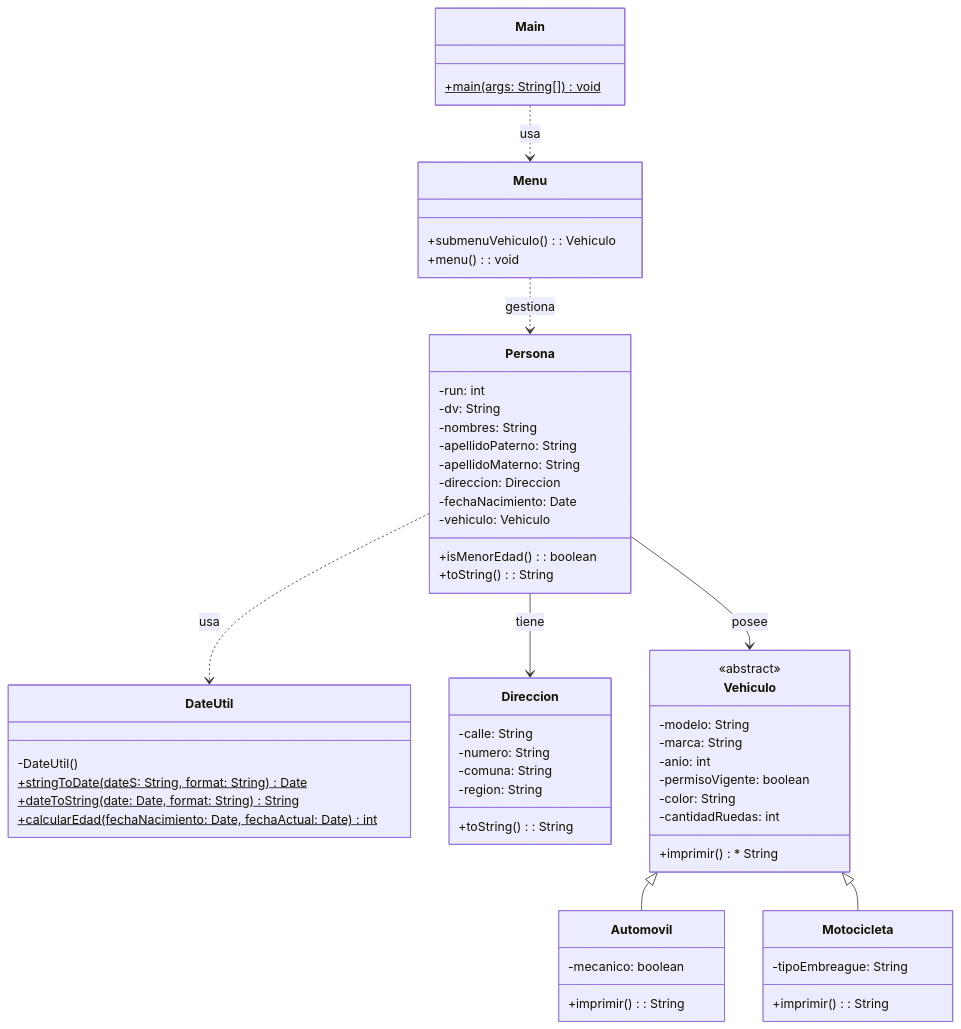
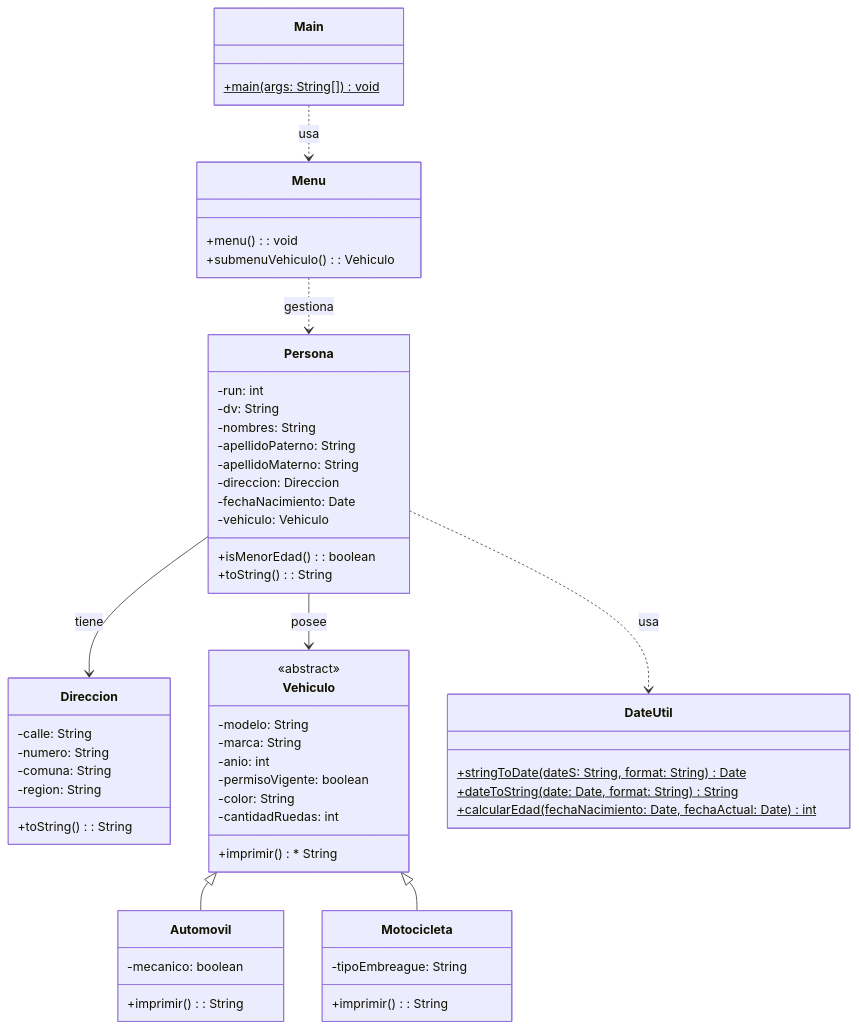
One commit to elprofecarreno/poo-fundaments changed the diagram in 11/README.md. Above: the diagram before and after it, drawn with Mermaid. The commit also changed other lines of this file and 34 other files, not shown here.

````diff
--- a/11/README.md
+++ b/11/README.md
@@ -11,68 +11,67 @@
 ```mermaid
 classDiagram
-    class DateUtil {
-        -DateUtil()
-        +stringToDate(dateS: String, format: String)$ Date
-        +dateToString(date: Date, format: String)$ String
-        +calcularEdad(fechaNacimiento: Date, fechaActual: Date)$ int
+    class Main {
+        +main(args: String[])$ void
+    }
+
+    class Menu {
+        +menu(): void
+        +submenuVehiculo(): Vehiculo
+    }
+
+    class Persona {
+        -run: int
+        -dv: String
+        -nombres: String
+        -apellidoPaterno: String
+        -apellidoMaterno: String
+        -direccion: Direccion
+        -fechaNacimiento: Date
+        -vehiculo: Vehiculo
+        +isMenorEdad(): boolean
+        +toString(): String
     }
 
     class Direccion {
         -calle: String
         -numero: String
         -comuna: String
         -region: String
         +toString(): String
     }
 
     class Vehiculo {
         <<abstract>>
         -modelo: String
         -marca: String
         -anio: int
         -permisoVigente: boolean
         -color: String
         -cantidadRuedas: int
         +imprimir() * String
     }
 
     class Automovil {
         -mecanico: boolean
         +imprimir(): String
     }
 
     class Motocicleta {
         -tipoEmbreague: String
         +imprimir(): String
     }
 
-    class Persona {
-        -run: int
-        -dv: String
-        -nombres: String
-        -apellidoPaterno: String
-        -apellidoMaterno: String
-        -direccion: Direccion
-        -fechaNacimiento: Date
-        -vehiculo: Vehiculo
-        +isMenorEdad(): boolean
-        +toString(): String
-    }
-
-    class Menu {
-        +submenuVehiculo(): Vehiculo
-        +menu(): void
-    }
-
-    class Main {
-        +main(args: String[])$ void
+    class DateUtil {
+        +stringToDate(dateS: String, format: String)$ Date
+        +dateToString(date: Date, format: String)$ String
+        +calcularEdad(fechaNacimiento: Date, fechaActual: Date)$ int
     }
 
     Vehiculo <|-- Automovil
     Vehiculo <|-- Motocicleta
     Persona --> Direccion : tiene
     Persona --> Vehiculo : posee
     Main ..> Menu : usa
     Menu ..> Persona : gestiona
     Persona ..> DateUtil : usa
 ```
````
